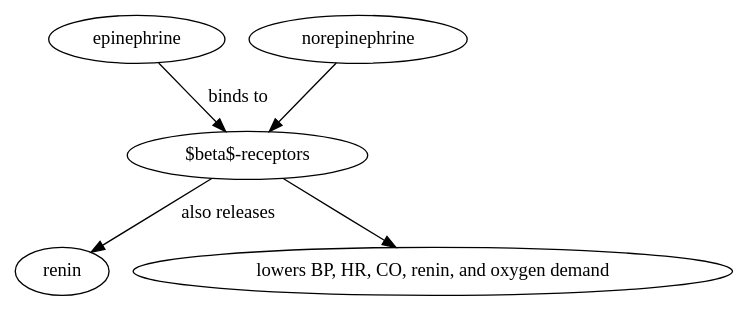
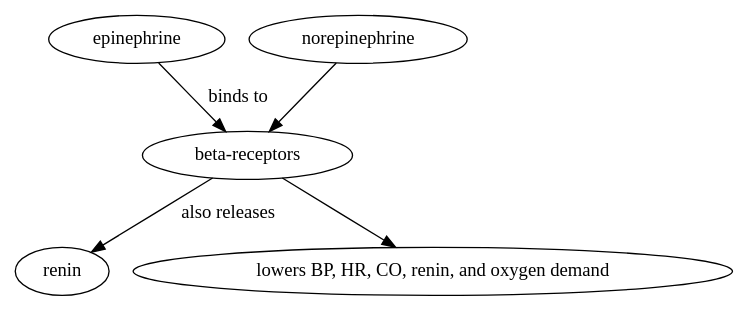
The second of 2 diagrams in NURS380_Practicum/Topics/Pharmacology/Cardiology Basics.md (meirisoda/school_spring2024), drawn with Graphviz before and after one commit.

Commit message:
vault backup: 2024-02-19 16:33:15

````diff
--- a/NURS380_Practicum/Topics/Pharmacology/Cardiology Basics.md
+++ b/NURS380_Practicum/Topics/Pharmacology/Cardiology Basics.md
@@ -38,14 +38,14 @@
 ```dot
 digraph G {
-	A [label="$beta$-receptors"];
+	A [label="beta-receptors"];
 	B [label="epinephrine"];
 	C [label="norepinephrine"];
 	D [label="renin"];
 	E [label="lowers BP, HR, CO, renin, and oxygen demand"];
 
 	B -> A [label="binds to"];
 	C -> A
 	A -> D [label="also releases"];
 	A -> E 
 }
 ```
````
